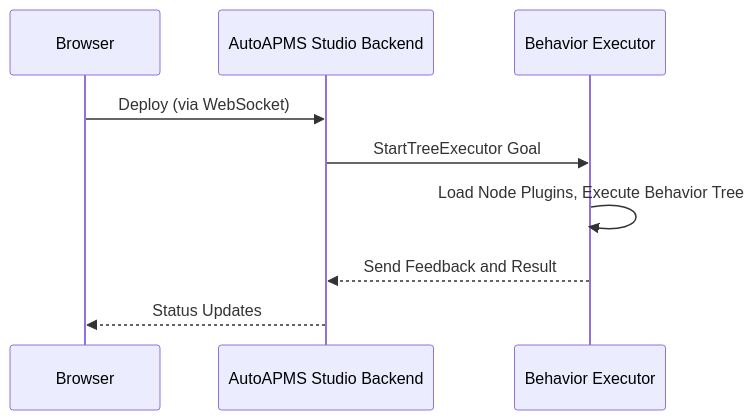
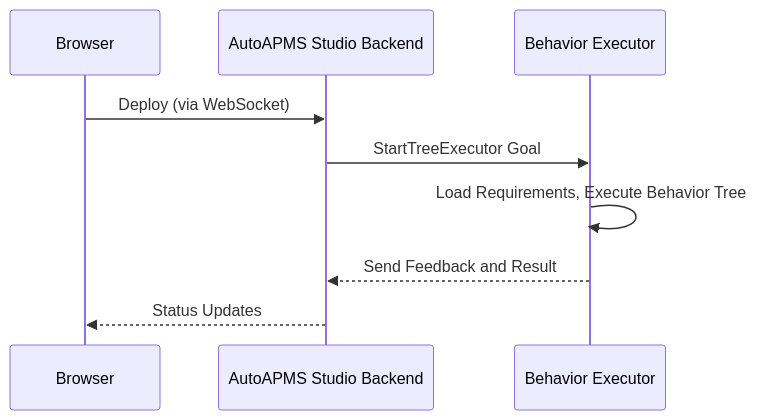
Before and after one commit to AutoAPMS/auto_apms_studio: the diagram in docs/user-guide/concepts/workflows.md, drawn with Mermaid. The commit also changed other lines of this file and 23 other files, not shown here.

````diff
--- a/docs/user-guide/concepts/workflows.md
+++ b/docs/user-guide/concepts/workflows.md
@@ -78,11 +78,11 @@
 ```mermaid
 sequenceDiagram
     participant B as Browser
     participant S as AutoAPMS Studio Backend
     participant E as Behavior Executor
     B->>S: Deploy (via WebSocket)
     S->>E: StartTreeExecutor Goal
-    E->>E: Load Node Plugins, Execute Behavior Tree
+    E->>E: Load Requirements, Execute Behavior Tree
     E-->>S: Send Feedback and Result
     S-->>B: Status Updates
 ```
````
